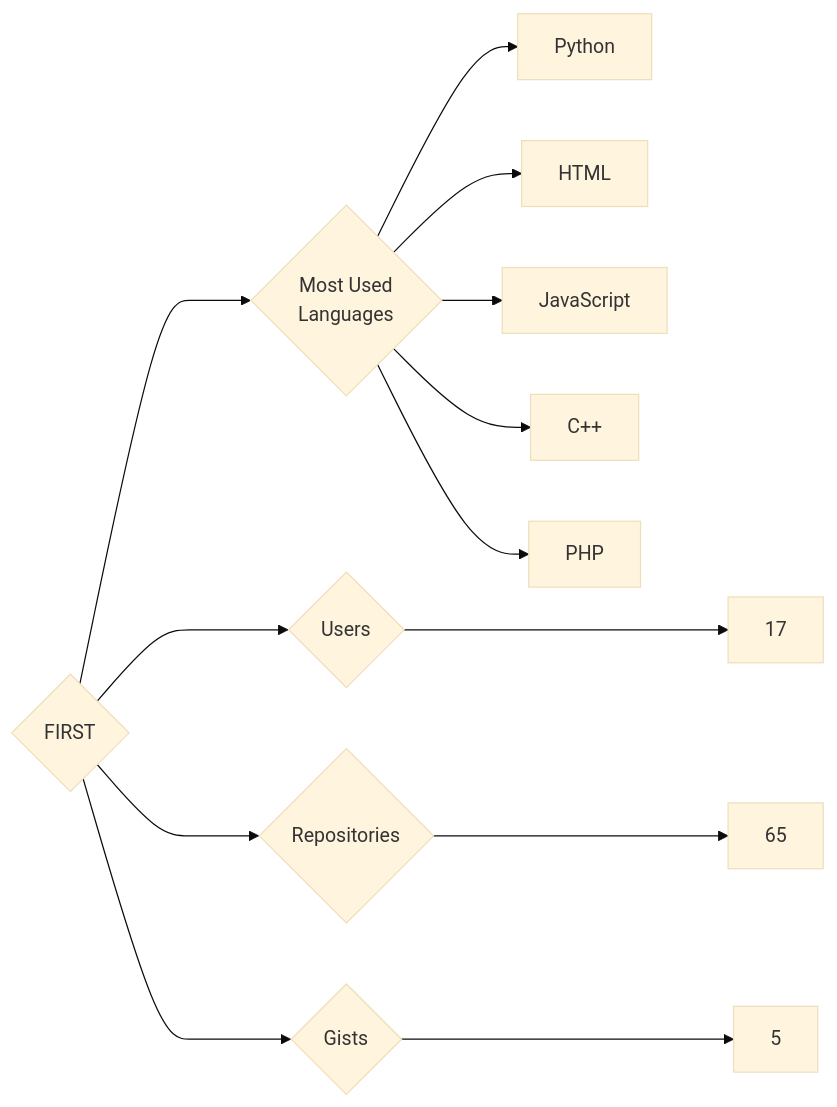
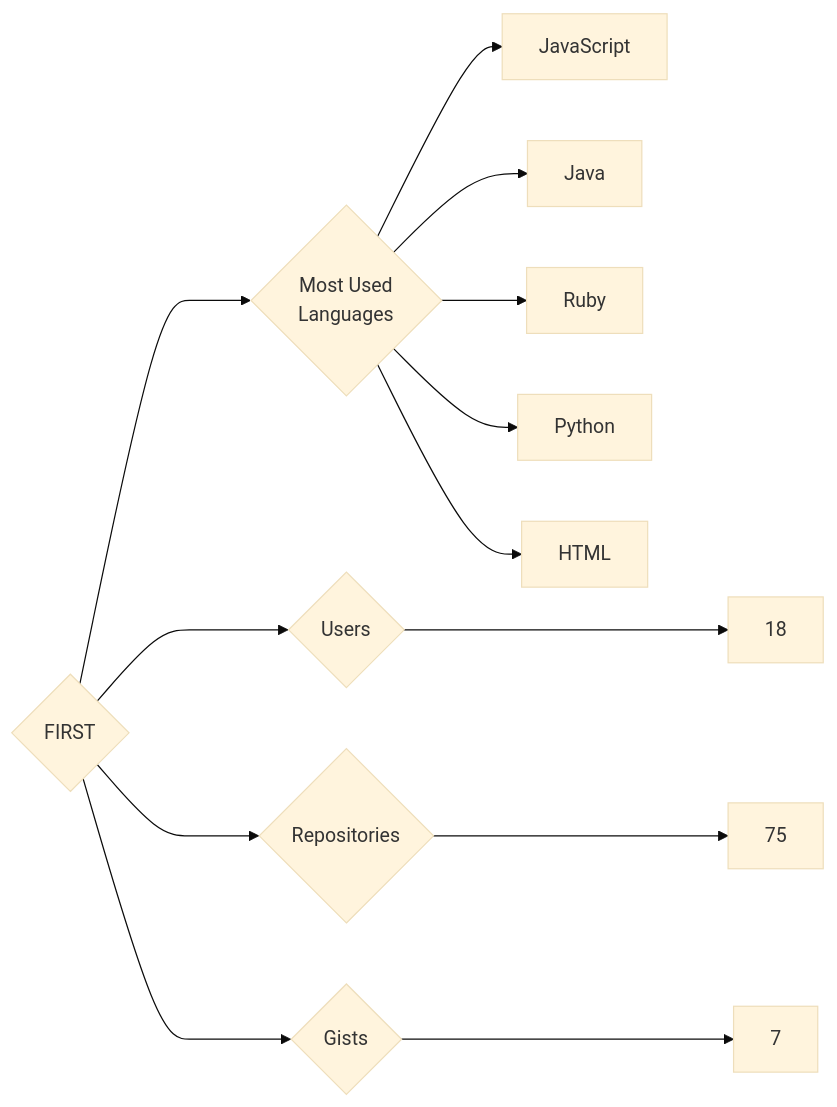
The diagram in targets/FIRST/README.md (trickest/insiders), drawn with Mermaid (base theme) before and after one commit. The commit also changed 681 other files, not shown here.

````diff
--- a/targets/FIRST/README.md
+++ b/targets/FIRST/README.md
@@ -3,13 +3,13 @@
 ```mermaid
 graph LR
 COMPANY_NAME{FIRST}
-COMPANY_NAME ---> U{Users} ---> UN[17]
-COMPANY_NAME ---> R{Repositories} ---> RN[65]
-COMPANY_NAME ---> G{Gists} ---> GN[5]
+COMPANY_NAME ---> U{Users} ---> UN[18]
+COMPANY_NAME ---> R{Repositories} ---> RN[75]
+COMPANY_NAME ---> G{Gists} ---> GN[7]
 COMPANY_NAME ---> ML{Most Used<br>Languages}
+ML --> JavaScript[JavaScript]
+ML --> Java[Java]
+ML --> Ruby[Ruby]
 ML --> Python[Python]
 ML --> HTML[HTML]
-ML --> JavaScript[JavaScript]
-ML --> C++[C++]
-ML --> PHP[PHP]
 ```
````
